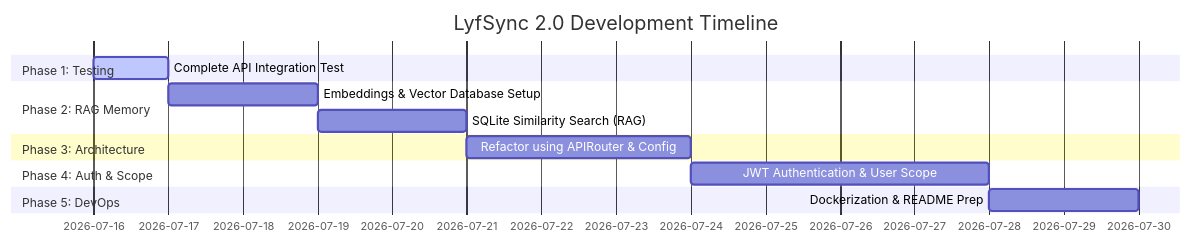
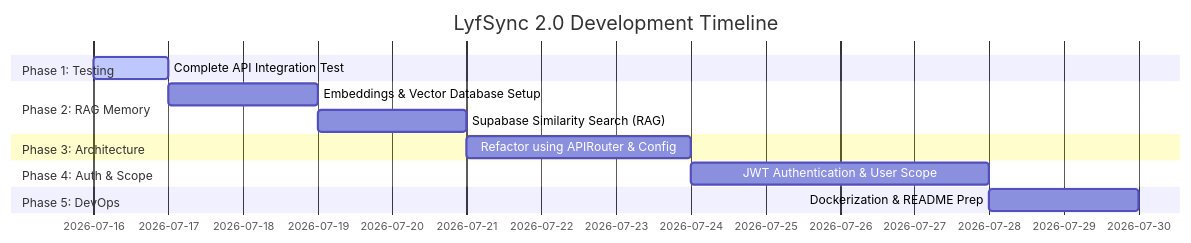
One commit to aasish-bodapati/lyfsync_2.0 changed the diagram in project_roadmap.md. Above: the diagram before and after it, drawn with Mermaid. The commit also changed other lines of this file and 2 other files, not shown here.

Commit message:
refactor: remove sqlite mentions from documentation and docstrings in favor of supabase

````diff
--- a/project_roadmap.md
+++ b/project_roadmap.md
@@ -9,16 +9,16 @@
 ```mermaid
 gantt
     title LyfSync 2.0 Development Timeline
     dateFormat  YYYY-MM-DD
     section Phase 1: Testing
     Complete API Integration Test    :active, p1, 2026-07-16, 1d
     section Phase 2: RAG Memory
     Embeddings & Vector Database Setup : p2_1, after p1, 2d
-    SQLite Similarity Search (RAG)    : p2_2, after p2_1, 2d
+    Supabase Similarity Search (RAG)  : p2_2, after p2_1, 2d
     section Phase 3: Architecture
     Refactor using APIRouter & Config : p3, after p2_2, 3d
     section Phase 4: Auth & Scope
     JWT Authentication & User Scope   : p4, after p3, 4d
     section Phase 5: DevOps
     Dockerization & README Prep       : p5, after p4, 2d
 ```
````
